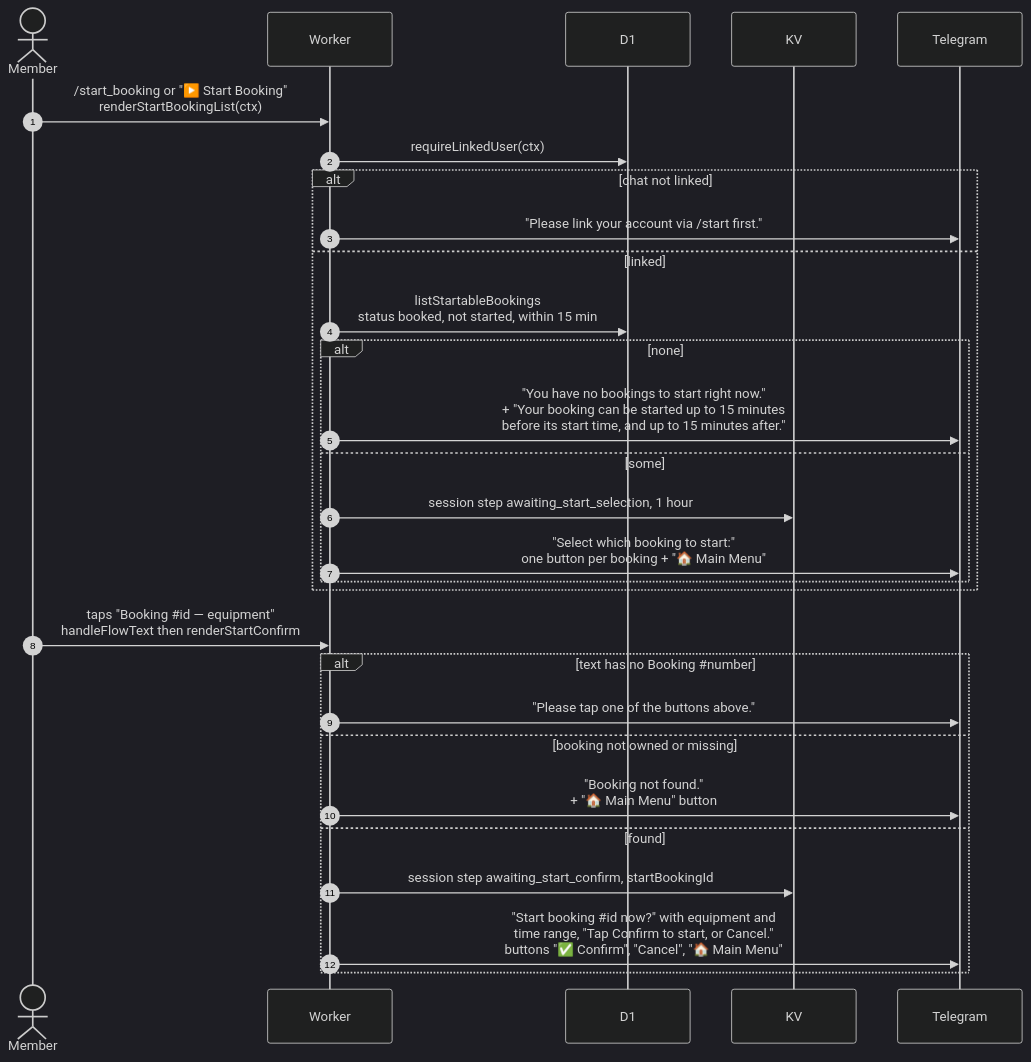
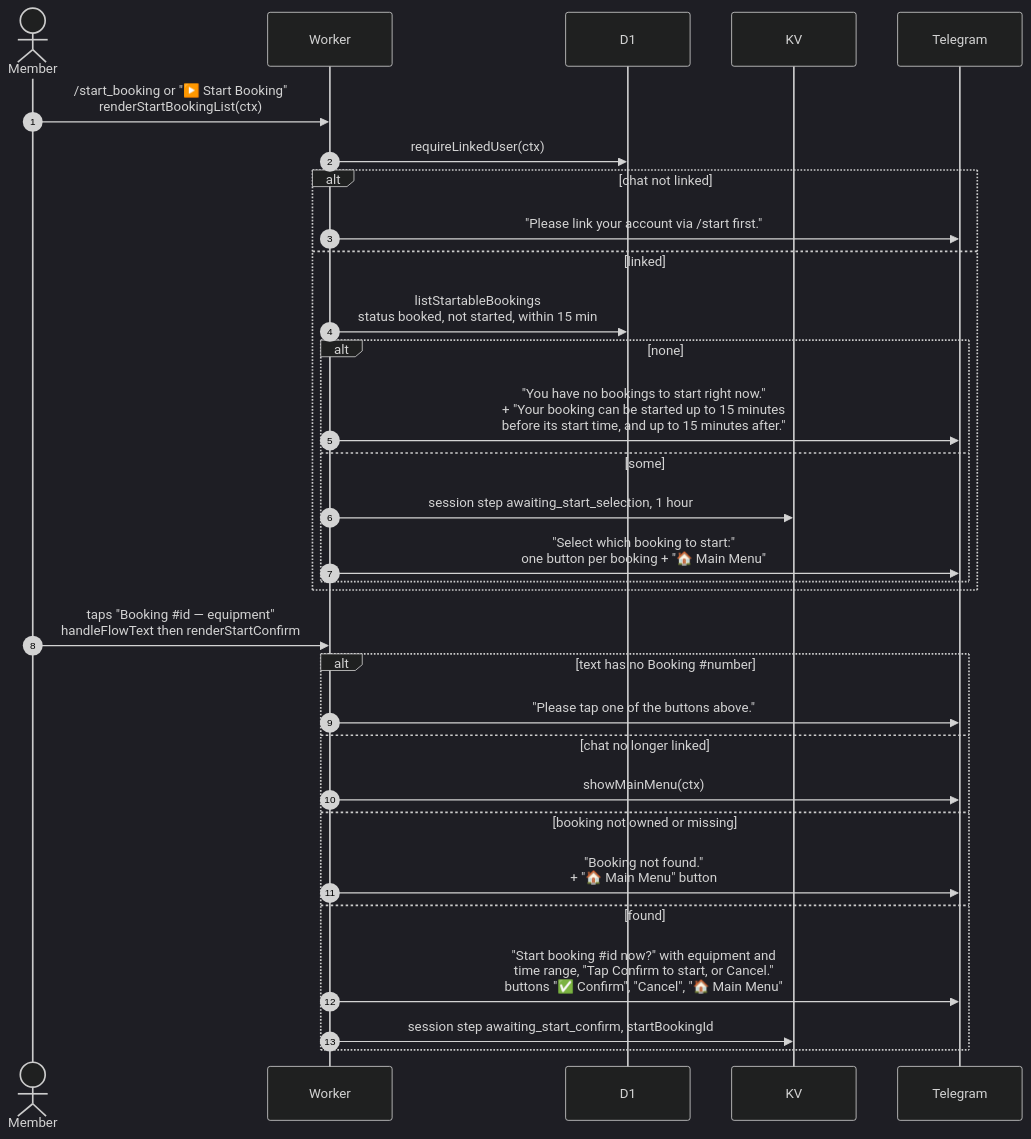
Before and after one commit to sagyzdop/meriksirat: the diagram in docs/scenarios/telegram/start-booking.md, drawn with Mermaid (dark theme). The commit also changed 13 other files, not shown here.

Commit message:
docs(scenarios): verify telegram diagrams against code

````diff
--- a/docs/scenarios/telegram/start-booking.md
+++ b/docs/scenarios/telegram/start-booking.md
@@ -22,31 +22,33 @@
 ```mermaid
 sequenceDiagram
     autonumber
     actor Member
     participant Worker
     participant D1
     participant KV
     participant Telegram
     Member->>Worker: /start_booking or "▶️ Start Booking"<br/>renderStartBookingList(ctx)
     Worker->>D1: requireLinkedUser(ctx)
     alt chat not linked
         Worker->>Telegram: "Please link your account via /start first."
     else linked
         Worker->>D1: listStartableBookings<br/>status booked, not started, within 15 min
         alt none
             Worker->>Telegram: "You have no bookings to start right now."<br/>+ "Your booking can be started up to 15 minutes<br/>before its start time, and up to 15 minutes after."
         else some
             Worker->>KV: session step awaiting_start_selection, 1 hour
             Worker->>Telegram: "Select which booking to start:"<br/>one button per booking + "🏠 Main Menu"
         end
     end
     Member->>Worker: taps "Booking #35;id — equipment"<br/>handleFlowText then renderStartConfirm
     alt text has no Booking #35;number
         Worker->>Telegram: "Please tap one of the buttons above."
+    else chat no longer linked
+        Worker->>Telegram: showMainMenu(ctx)
     else booking not owned or missing
         Worker->>Telegram: "Booking not found."<br/>+ "🏠 Main Menu" button
     else found
+        Worker->>Telegram: "Start booking #35;id now?" with equipment and<br/>time range, "Tap Confirm to start, or Cancel."<br/>buttons "✅ Confirm", "Cancel", "🏠 Main Menu"
         Worker->>KV: session step awaiting_start_confirm, startBookingId
-        Worker->>Telegram: "Start booking #35;id now?" with equipment and<br/>time range, "Tap Confirm to start, or Cancel."<br/>buttons "✅ Confirm", "Cancel", "🏠 Main Menu"
     end
 ```
````
